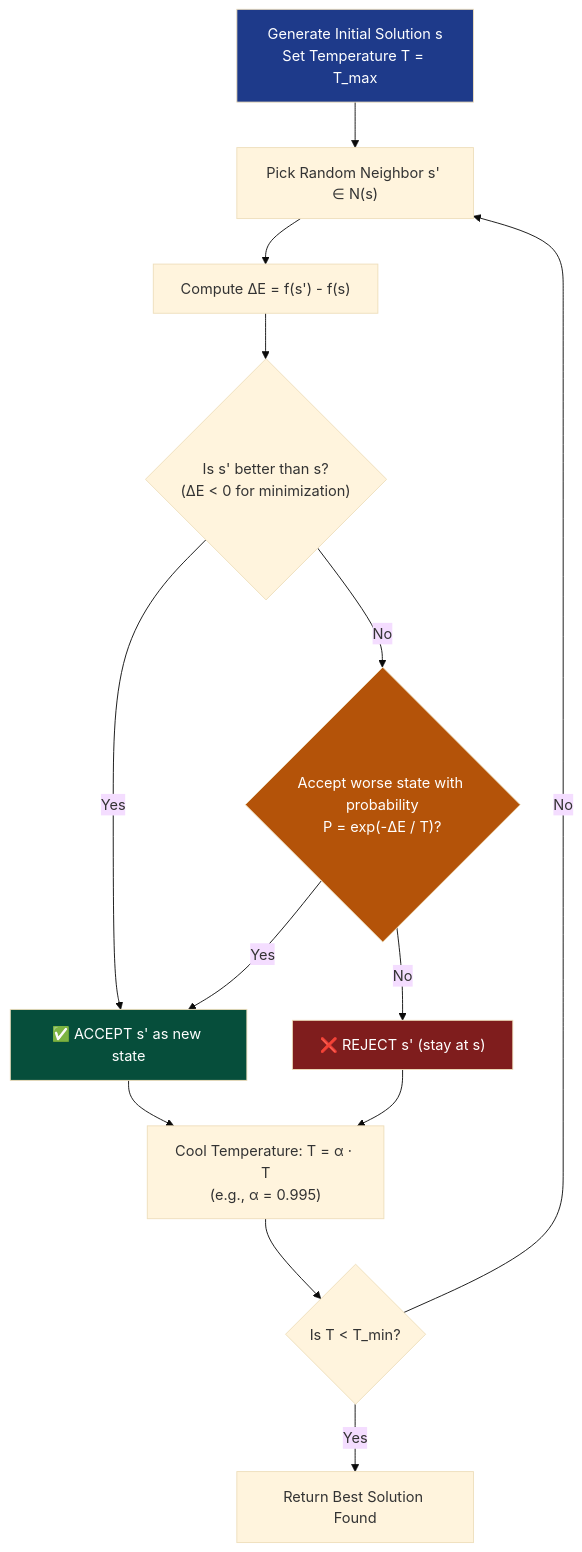
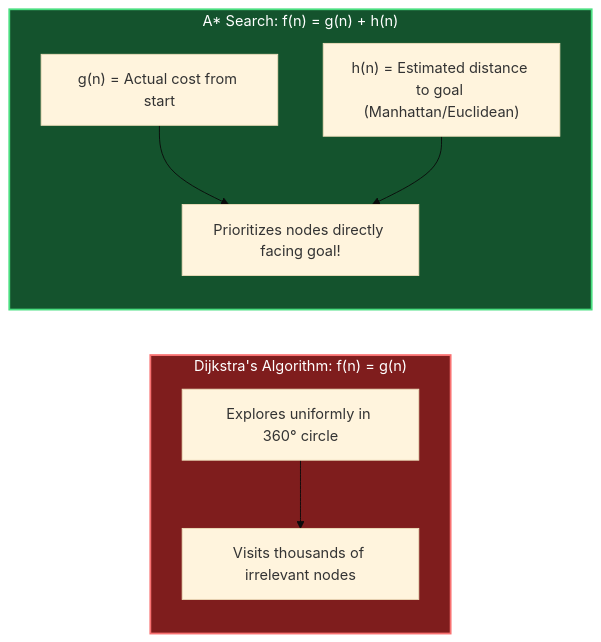
One commit to vadde/DSA changed the diagram in 00 - Fundamentals/000 - Theoretical Foundations (The Complete Guide)/09_heuristics_and_metaheuristics.md. Above: the diagram before and after it, drawn with Mermaid (base theme). The commit also changed other lines of this file and 14 other files, not shown here.

````diff
--- a/00 - Fundamentals/000 - Theoretical Foundations (The Complete Guide)/09_heuristics_and_metaheuristics.md
+++ b/00 - Fundamentals/000 - Theoretical Foundations (The Complete Guide)/09_heuristics_and_metaheuristics.md
@@ -98,23 +30,16 @@
 ```mermaid
-flowchart TD
-    START["Generate Initial Solution s\nSet Temperature T = T_max"] --> NEIGHBOR["Pick Random Neighbor s' ∈ N(s)"]
-    NEIGHBOR --> DELTA["Compute ΔE = f(s') - f(s)"]
-    DELTA --> CHECK{"Is s' better than s?\n(ΔE < 0 for minimization)"}
+flowchart LR
+    subgraph Dijkstra["Dijkstra's Algorithm: f(n) = g(n)"]
+        D1["Explores uniformly in 360° circle"] --> D2["Visits thousands of irrelevant nodes"]
+    end
 
-    CHECK -- Yes --> ACCEPT["✅ ACCEPT s' as new state"]
-    CHECK -- No --> METROPOLIS{"Accept worse state with probability\nP = exp(-ΔE / T)?"}
+    subgraph AStar["A* Search: f(n) = g(n) + h(n)"]
+        A1["g(n) = Actual cost from start"]
+        A2["h(n) = Estimated distance to goal (Manhattan/Euclidean)"]
+        A1 --> A3["Prioritizes nodes directly facing goal!"]
+        A2 --> A3
+    end
 
-    METROPOLIS -- Yes --> ACCEPT
-    METROPOLIS -- No --> REJECT["❌ REJECT s' (stay at s)"]
-
-    ACCEPT --> COOL["Cool Temperature: T = α · T\n(e.g., α = 0.995)"]
-    REJECT --> COOL
-    COOL --> DONE{"Is T < T_min?"}
-    DONE -- No --> NEIGHBOR
-    DONE -- Yes --> END["Return Best Solution Found"]
-
-    style START fill:#1e3a8a,color:#ffffff
-    style ACCEPT fill:#064e3b,color:#ffffff
-    style REJECT fill:#7f1d1d,color:#ffffff
-    style METROPOLIS fill:#b45309,color:#ffffff
+    style Dijkstra fill:#7f1d1d,stroke:#f87171,stroke-width:2px,color:#fff
+    style AStar fill:#14532d,stroke:#4ade80,stroke-width:2px,color:#fff
 ```
````
